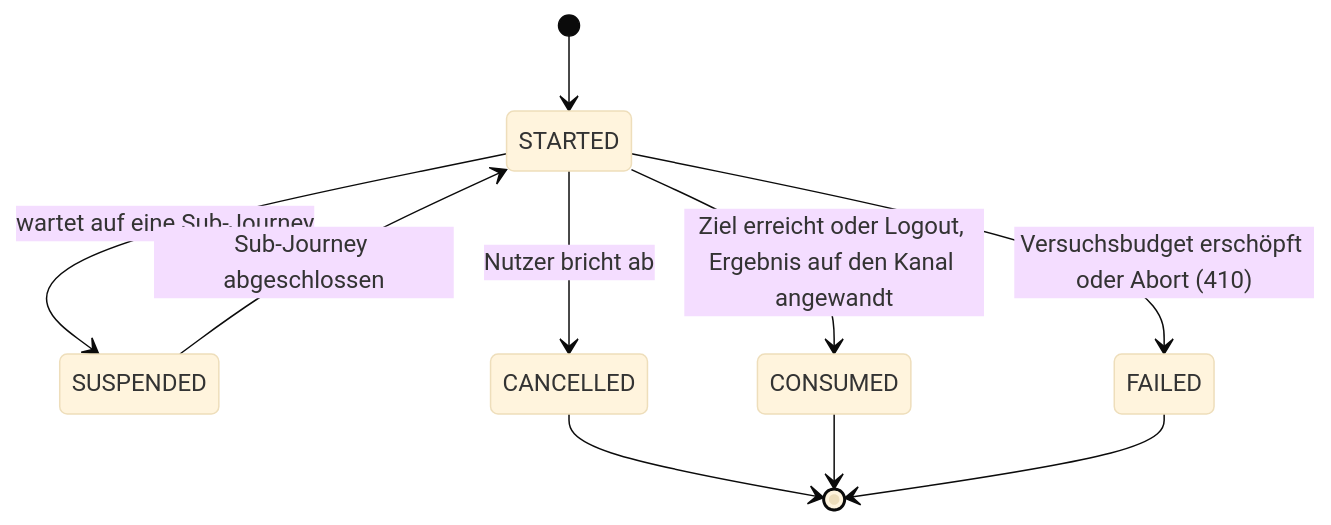
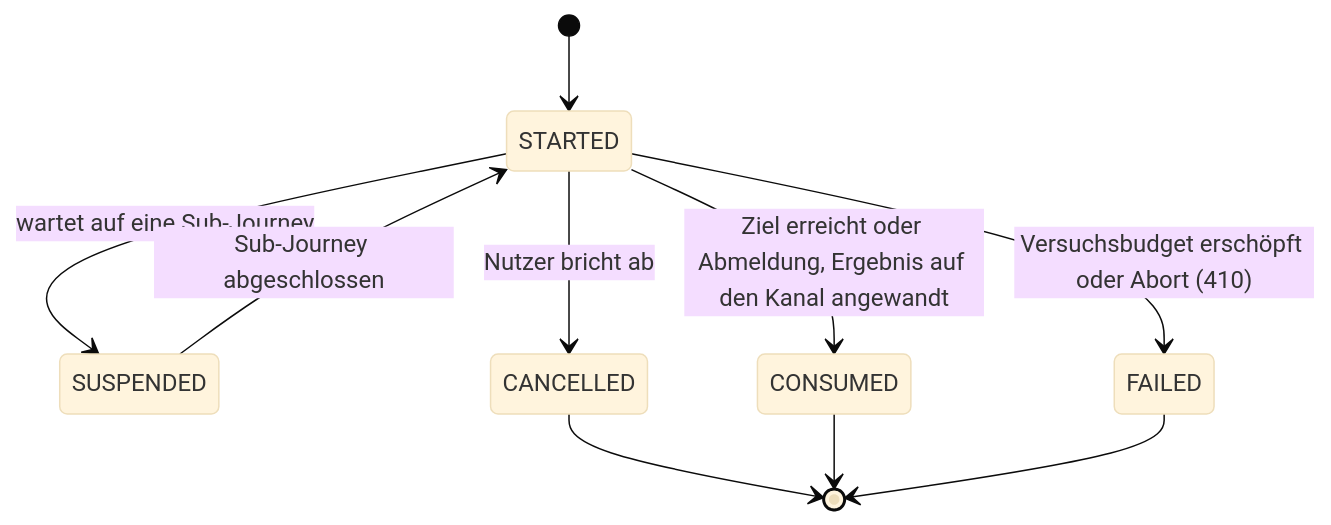
The diagram in docs/journeys/lebenszyklus-unabhaengig-vom-intent.md (rpreissel/DPoP-demo), drawn with Mermaid (base theme) before and after one commit. The commit also changed other lines of this file and 67 other files, not shown here.

````diff
--- a/docs/journeys/lebenszyklus-unabhaengig-vom-intent.md
+++ b/docs/journeys/lebenszyklus-unabhaengig-vom-intent.md
@@ -8,12 +9,12 @@
 ```mermaid
 stateDiagram-v2
   [*] --> STARTED
   STARTED --> SUSPENDED: wartet auf eine Sub-Journey
   SUSPENDED --> STARTED: Sub-Journey abgeschlossen
-  STARTED --> CONSUMED: Ziel erreicht oder Logout, Ergebnis auf den Kanal angewandt
+  STARTED --> CONSUMED: Ziel erreicht oder Abmeldung, Ergebnis auf den Kanal angewandt
   STARTED --> FAILED: Versuchsbudget erschöpft oder Abort (410)
   STARTED --> CANCELLED: Nutzer bricht ab
   CANCELLED --> [*]
   CONSUMED --> [*]
   FAILED --> [*]
 ```
````
